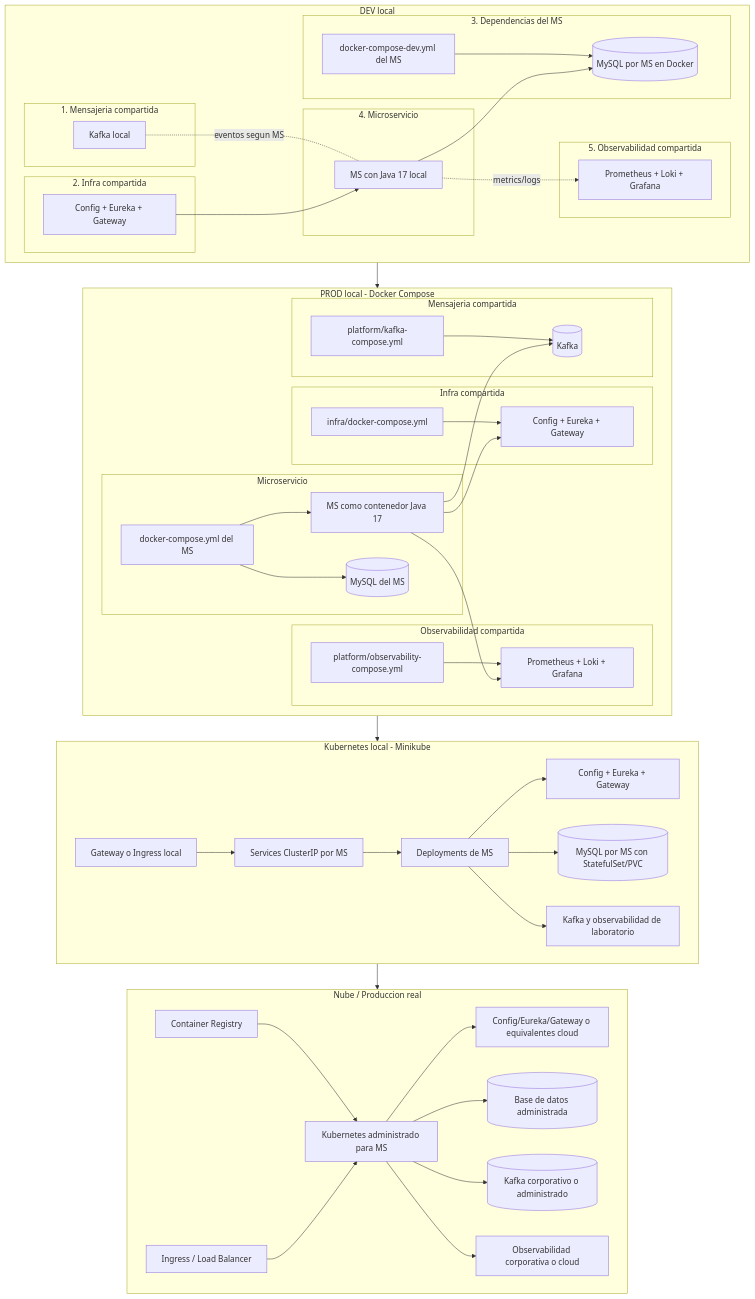
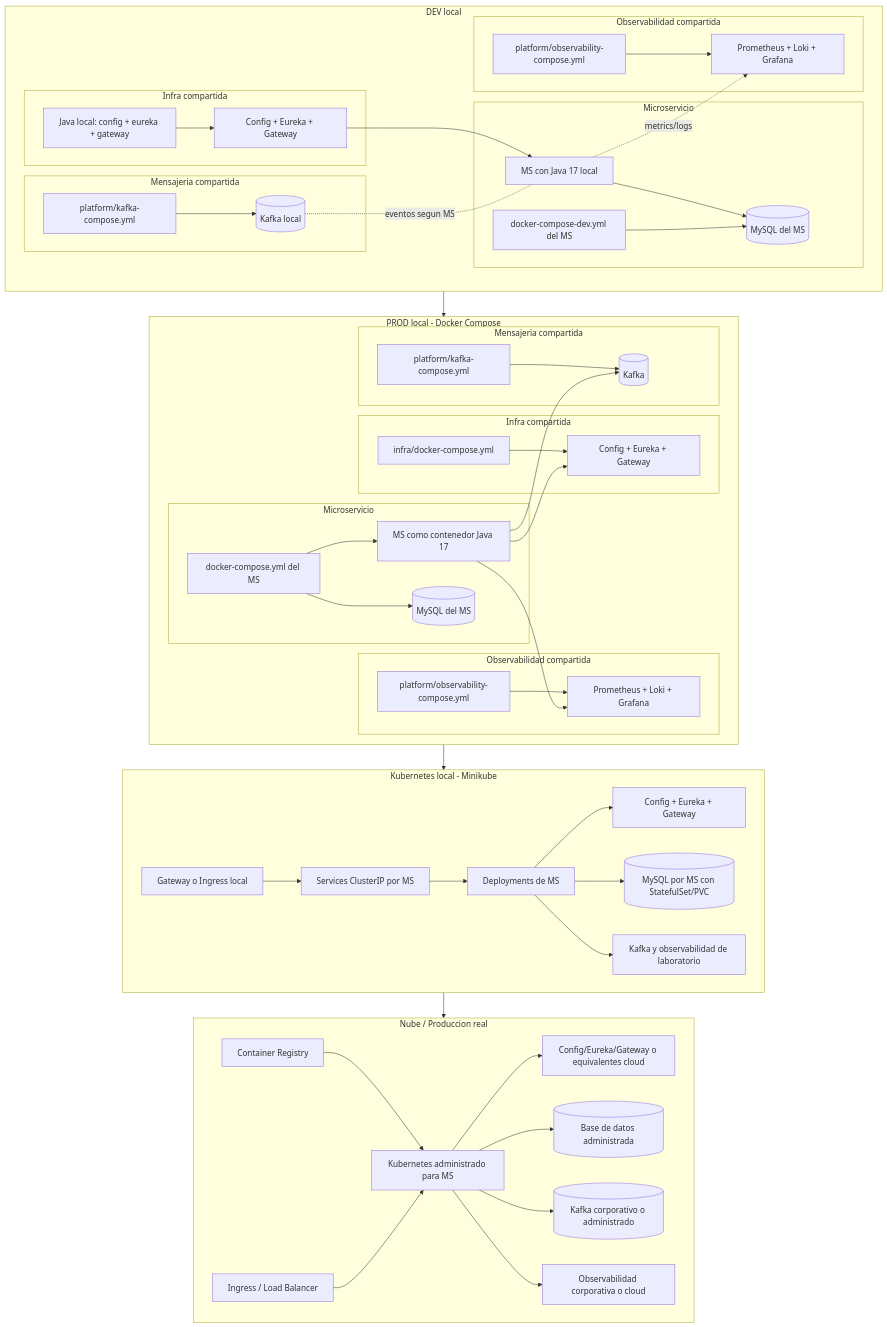
Before and after one commit to 262dist/pagatu: the tenth of 10 diagrams in README.md, drawn with Mermaid.

````diff
--- a/README.md
+++ b/README.md
@@ -545,26 +545,29 @@
 ```mermaid
 flowchart TB
     subgraph dev[DEV local]
-        subgraph devMessagingBox[1. Mensajeria compartida]
-            devmessaging[Kafka local]
+        subgraph devMessagingBox[Mensajeria compartida]
+            devkafkacompose[platform/kafka-compose.yml]
+            devmessaging[(Kafka local)]
+            devkafkacompose --> devmessaging
         end
 
-        subgraph devInfraBox[2. Infra compartida]
+        subgraph devInfraBox[Infra compartida]
+            devinfrarun[Java local: config + eureka + gateway]
             devshared[Config + Eureka + Gateway]
+            devinfrarun --> devshared
         end
 
-        subgraph devDepsBox[3. Dependencias del MS]
+        subgraph devMsBox[Microservicio]
             devmscompose[docker-compose-dev.yml del MS]
-            devmysql[(MySQL por MS en Docker)]
+            devjava[MS con Java 17 local]
+            devmysql[(MySQL del MS)]
             devmscompose --> devmysql
         end
 
-        subgraph devMsBox[4. Microservicio]
-            devjava[MS con Java 17 local]
-        end
-
-        subgraph devObsBox[5. Observabilidad compartida]
+        subgraph devObsBox[Observabilidad compartida]
+            devobscompose[platform/observability-compose.yml]
             devobs[Prometheus + Loki + Grafana]
+            devobscompose --> devobs
         end
 
         devmessaging -. eventos segun MS .- devjava
````
